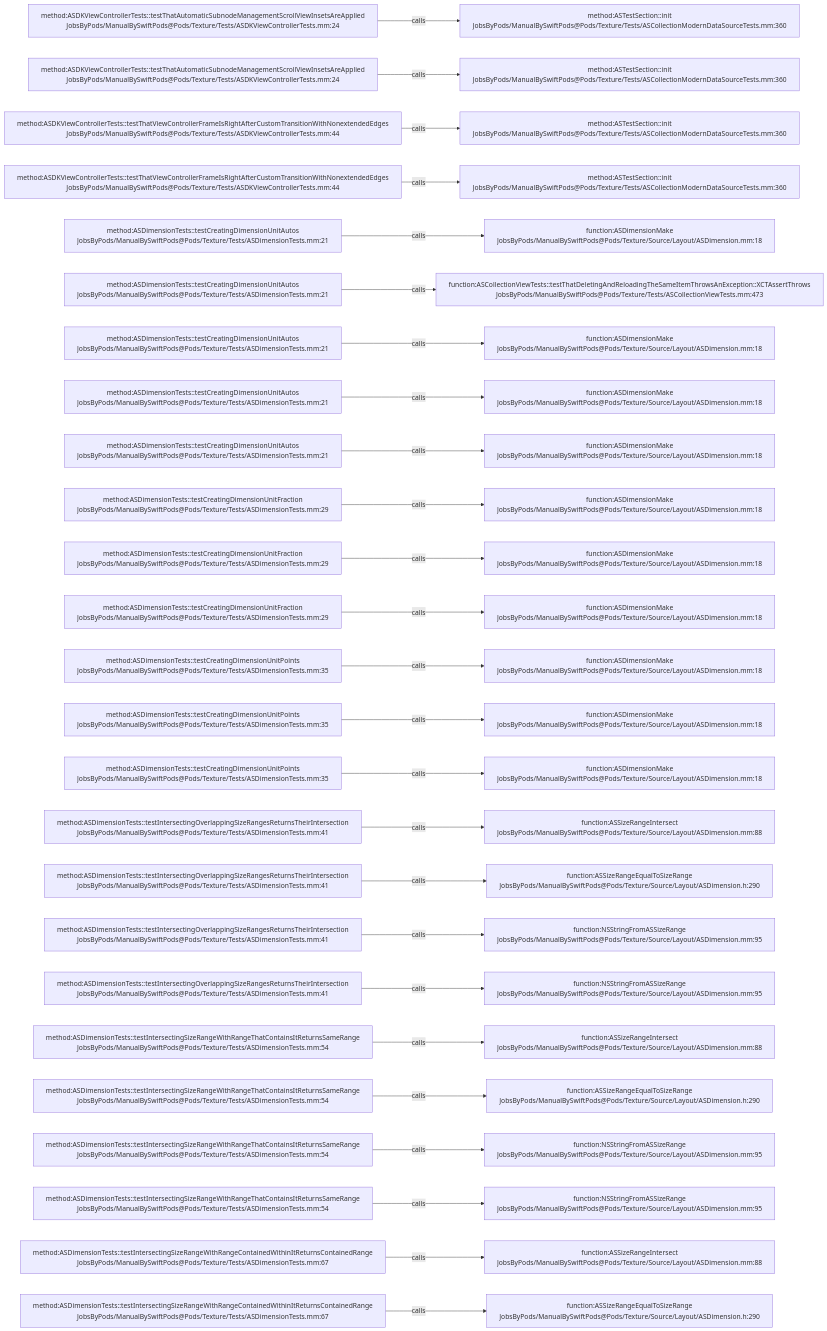
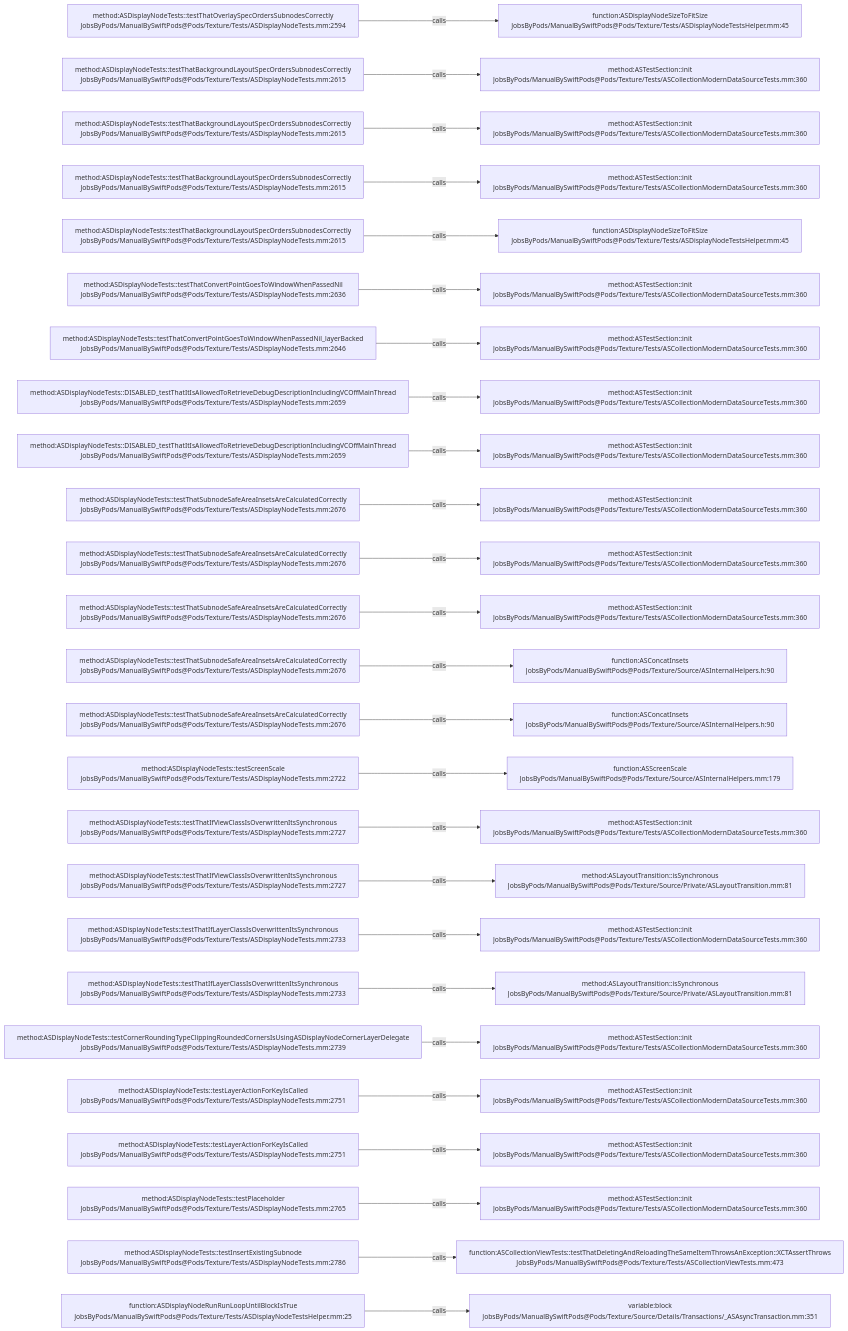
Before and after one commit to JobsKits/JobsSwiftBaseConfigDemo: the diagram in .codegraph/codegraph.md/graphs/calls-197.md, drawn with Mermaid. The commit also changed 832 other files, not shown here.

````diff
--- a/.codegraph/codegraph.md/graphs/calls-197.md
+++ b/.codegraph/codegraph.md/graphs/calls-197.md
@@ -13,78 +13,78 @@
 ```mermaid
 flowchart LR
-  S1["method:ASDKViewControllerTests::testThatAutomaticSubnodeManagementScrollViewInsetsAreApplied<br/>JobsByPods/ManualBySwiftPods@Pods/Texture/Tests/ASDKViewControllerTests.mm:24"]
-  T1["method:ASTestSection::init<br/>JobsByPods/ManualBySwiftPods@Pods/Texture/Tests/ASCollectionModernDataSourceTests.mm:360"]
+  S1["method:ASDisplayNodeTests::testThatOverlaySpecOrdersSubnodesCorrectly<br/>JobsByPods/ManualBySwiftPods@Pods/Texture/Tests/ASDisplayNodeTests.mm:2594"]
+  T1["function:ASDisplayNodeSizeToFitSize<br/>JobsByPods/ManualBySwiftPods@Pods/Texture/Tests/ASDisplayNodeTestsHelper.mm:45"]
   S1 -->|calls| T1
-  S2["method:ASDKViewControllerTests::testThatAutomaticSubnodeManagementScrollViewInsetsAreApplied<br/>JobsByPods/ManualBySwiftPods@Pods/Texture/Tests/ASDKViewControllerTests.mm:24"]
+  S2["method:ASDisplayNodeTests::testThatBackgroundLayoutSpecOrdersSubnodesCorrectly<br/>JobsByPods/ManualBySwiftPods@Pods/Texture/Tests/ASDisplayNodeTests.mm:2615"]
   T2["method:ASTestSection::init<br/>JobsByPods/ManualBySwiftPods@Pods/Texture/Tests/ASCollectionModernDataSourceTests.mm:360"]
   S2 -->|calls| T2
-  S3["method:ASDKViewControllerTests::testThatViewControllerFrameIsRightAfterCustomTransitionWithNonextendedEdges<br/>JobsByPods/ManualBySwiftPods@Pods/Texture/Tests/ASDKViewControllerTests.mm:44"]
+  S3["method:ASDisplayNodeTests::testThatBackgroundLayoutSpecOrdersSubnodesCorrectly<br/>JobsByPods/ManualBySwiftPods@Pods/Texture/Tests/ASDisplayNodeTests.mm:2615"]
   T3["method:ASTestSection::init<br/>JobsByPods/ManualBySwiftPods@Pods/Texture/Tests/ASCollectionModernDataSourceTests.mm:360"]
   S3 -->|calls| T3
-  S4["method:ASDKViewControllerTests::testThatViewControllerFrameIsRightAfterCustomTransitionWithNonextendedEdges<br/>JobsByPods/ManualBySwiftPods@Pods/Texture/Tests/ASDKViewControllerTests.mm:44"]
+  S4["method:ASDisplayNodeTests::testThatBackgroundLayoutSpecOrdersSubnodesCorrectly<br/>JobsByPods/ManualBySwiftPods@Pods/Texture/Tests/ASDisplayNodeTests.mm:2615"]
   T4["method:ASTestSection::init<br/>JobsByPods/ManualBySwiftPods@Pods/Texture/Tests/ASCollectionModernDataSourceTests.mm:360"]
   S4 -->|calls| T4
-  S5["method:ASDimensionTests::testCreatingDimensionUnitAutos<br/>JobsByPods/ManualBySwiftPods@Pods/Texture/Tests/ASDimensionTests.mm:21"]
-  T5["function:ASDimensionMake<br/>JobsByPods/ManualBySwiftPods@Pods/Texture/Source/Layout/ASDimension.mm:18"]
+  S5["method:ASDisplayNodeTests::testThatBackgroundLayoutSpecOrdersSubnodesCorrectly<br/>JobsByPods/ManualBySwiftPods@Pods/Texture/Tests/ASDisplayNodeTests.mm:2615"]
+  T5["function:ASDisplayNodeSizeToFitSize<br/>JobsByPods/ManualBySwiftPods@Pods/Texture/Tests/ASDisplayNodeTestsHelper.mm:45"]
   S5 -->|calls| T5
-  S6["method:ASDimensionTests::testCreatingDimensionUnitAutos<br/>JobsByPods/ManualBySwiftPods@Pods/Texture/Tests/ASDimensionTests.mm:21"]
-  T6["function:ASCollectionViewTests::testThatDeletingAndReloadingTheSameItemThrowsAnException::XCTAssertThrows<br/>JobsByPods/ManualBySwiftPods@Pods/Texture/Tests/ASCollectionViewTests.mm:473"]
+  S6["method:ASDisplayNodeTests::testThatConvertPointGoesToWindowWhenPassedNil<br/>JobsByPods/ManualBySwiftPods@Pods/Texture/Tests/ASDisplayNodeTests.mm:2636"]
+  T6["method:ASTestSection::init<br/>JobsByPods/ManualBySwiftPods@Pods/Texture/Tests/ASCollectionModernDataSourceTests.mm:360"]
   S6 -->|calls| T6
-  S7["method:ASDimensionTests::testCreatingDimensionUnitAutos<br/>JobsByPods/ManualBySwiftPods@Pods/Texture/Tests/ASDimensionTests.mm:21"]
-  T7["function:ASDimensionMake<br/>JobsByPods/ManualBySwiftPods@Pods/Texture/Source/Layout/ASDimension.mm:18"]
+  S7["method:ASDisplayNodeTests::testThatConvertPointGoesToWindowWhenPassedNil_layerBacked<br/>JobsByPods/ManualBySwiftPods@Pods/Texture/Tests/ASDisplayNodeTests.mm:2646"]
+  T7["method:ASTestSection::init<br/>JobsByPods/ManualBySwiftPods@Pods/Texture/Tests/ASCollectionModernDataSourceTests.mm:360"]
   S7 -->|calls| T7
-  S8["method:ASDimensionTests::testCreatingDimensionUnitAutos<br/>JobsByPods/ManualBySwiftPods@Pods/Texture/Tests/ASDimensionTests.mm:21"]
-  T8["function:ASDimensionMake<br/>JobsByPods/ManualBySwiftPods@Pods/Texture/Source/Layout/ASDimension.mm:18"]
+  S8["method:ASDisplayNodeTests::DISABLED_testThatItIsAllowedToRetrieveDebugDescriptionIncludingVCOffMainThread<br/>JobsByPods/ManualBySwiftPods@Pods/Texture/Tests/ASDisplayNodeTests.mm:2659"]
+  T8["method:ASTestSection::init<br/>JobsByPods/ManualBySwiftPods@Pods/Texture/Tests/ASCollectionModernDataSourceTests.mm:360"]
   S8 -->|calls| T8
-  S9["method:ASDimensionTests::testCreatingDimensionUnitAutos<br/>JobsByPods/ManualBySwiftPods@Pods/Texture/Tests/ASDimensionTests.mm:21"]
-  T9["function:ASDimensionMake<br/>JobsByPods/ManualBySwiftPods@Pods/Texture/Source/Layout/ASDimension.mm:18"]
+  S9["method:ASDisplayNodeTests::DISABLED_testThatItIsAllowedToRetrieveDebugDescriptionIncludingVCOffMainThread<br/>JobsByPods/ManualBySwiftPods@Pods/Texture/Tests/ASDisplayNodeTests.mm:2659"]
+  T9["method:ASTestSection::init<br/>JobsByPods/ManualBySwiftPods@Pods/Texture/Tests/ASCollectionModernDataSourceTests.mm:360"]
   S9 -->|calls| T9
-  S10["method:ASDimensionTests::testCreatingDimensionUnitFraction<br/>JobsByPods/ManualBySwiftPods@Pods/Texture/Tests/ASDimensionTests.mm:29"]
-  T10["function:ASDimensionMake<br/>JobsByPods/ManualBySwiftPods@Pods/Texture/Source/Layout/ASDimension.mm:18"]
+  S10["method:ASDisplayNodeTests::testThatSubnodeSafeAreaInsetsAreCalculatedCorrectly<br/>JobsByPods/ManualBySwiftPods@Pods/Texture/Tests/ASDisplayNodeTests.mm:2676"]
+  T10["method:ASTestSection::init<br/>JobsByPods/ManualBySwiftPods@Pods/Texture/Tests/ASCollectionModernDataSourceTests.mm:360"]
   S10 -->|calls| T10
-  S11["method:ASDimensionTests::testCreatingDimensionUnitFraction<br/>JobsByPods/ManualBySwiftPods@Pods/Texture/Tests/ASDimensionTests.mm:29"]
-  T11["function:ASDimensionMake<br/>JobsByPods/ManualBySwiftPods@Pods/Texture/Source/Layout/ASDimension.mm:18"]
+  S11["method:ASDisplayNodeTests::testThatSubnodeSafeAreaInsetsAreCalculatedCorrectly<br/>JobsByPods/ManualBySwiftPods@Pods/Texture/Tests/ASDisplayNodeTests.mm:2676"]
+  T11["method:ASTestSection::init<br/>JobsByPods/ManualBySwiftPods@Pods/Texture/Tests/ASCollectionModernDataSourceTests.mm:360"]
   S11 -->|calls| T11
-  S12["method:ASDimensionTests::testCreatingDimensionUnitFraction<br/>JobsByPods/ManualBySwiftPods@Pods/Texture/Tests/ASDimensionTests.mm:29"]
-  T12["function:ASDimensionMake<br/>JobsByPods/ManualBySwiftPods@Pods/Texture/Source/Layout/ASDimension.mm:18"]
+  S12["method:ASDisplayNodeTests::testThatSubnodeSafeAreaInsetsAreCalculatedCorrectly<br/>JobsByPods/ManualBySwiftPods@Pods/Texture/Tests/ASDisplayNodeTests.mm:2676"]
+  T12["method:ASTestSection::init<br/>JobsByPods/ManualBySwiftPods@Pods/Texture/Tests/ASCollectionModernDataSourceTests.mm:360"]
   S12 -->|calls| T12
-  S13["method:ASDimensionTests::testCreatingDimensionUnitPoints<br/>JobsByPods/ManualBySwiftPods@Pods/Texture/Tests/ASDimensionTests.mm:35"]
-  T13["function:ASDimensionMake<br/>JobsByPods/ManualBySwiftPods@Pods/Texture/Source/Layout/ASDimension.mm:18"]
+  S13["method:ASDisplayNodeTests::testThatSubnodeSafeAreaInsetsAreCalculatedCorrectly<br/>JobsByPods/ManualBySwiftPods@Pods/Texture/Tests/ASDisplayNodeTests.mm:2676"]
+  T13["function:ASConcatInsets<br/>JobsByPods/ManualBySwiftPods@Pods/Texture/Source/ASInternalHelpers.h:90"]
   S13 -->|calls| T13
-  S14["method:ASDimensionTests::testCreatingDimensionUnitPoints<br/>JobsByPods/ManualBySwiftPods@Pods/Texture/Tests/ASDimensionTests.mm:35"]
-  T14["function:ASDimensionMake<br/>JobsByPods/ManualBySwiftPods@Pods/Texture/Source/Layout/ASDimension.mm:18"]
+  S14["method:ASDisplayNodeTests::testThatSubnodeSafeAreaInsetsAreCalculatedCorrectly<br/>JobsByPods/ManualBySwiftPods@Pods/Texture/Tests/ASDisplayNodeTests.mm:2676"]
+  T14["function:ASConcatInsets<br/>JobsByPods/ManualBySwiftPods@Pods/Texture/Source/ASInternalHelpers.h:90"]
   S14 -->|calls| T14
-  S15["method:ASDimensionTests::testCreatingDimensionUnitPoints<br/>JobsByPods/ManualBySwiftPods@Pods/Texture/Tests/ASDimensionTests.mm:35"]
-  T15["function:ASDimensionMake<br/>JobsByPods/ManualBySwiftPods@Pods/Texture/Source/Layout/ASDimension.mm:18"]
+  S15["method:ASDisplayNodeTests::testScreenScale<br/>JobsByPods/ManualBySwiftPods@Pods/Texture/Tests/ASDisplayNodeTests.mm:2722"]
+  T15["function:ASScreenScale<br/>JobsByPods/ManualBySwiftPods@Pods/Texture/Source/ASInternalHelpers.mm:179"]
   S15 -->|calls| T15
-  S16["method:ASDimensionTests::testIntersectingOverlappingSizeRangesReturnsTheirIntersection<br/>JobsByPods/ManualBySwiftPods@Pods/Texture/Tests/ASDimensionTests.mm:41"]
-  T16["function:ASSizeRangeIntersect<br/>JobsByPods/ManualBySwiftPods@Pods/Texture/Source/Layout/ASDimension.mm:88"]
+  S16["method:ASDisplayNodeTests::testThatIfViewClassIsOverwrittenItsSynchronous<br/>JobsByPods/ManualBySwiftPods@Pods/Texture/Tests/ASDisplayNodeTests.mm:2727"]
+  T16["method:ASTestSection::init<br/>JobsByPods/ManualBySwiftPods@Pods/Texture/Tests/ASCollectionModernDataSourceTests.mm:360"]
   S16 -->|calls| T16
-  S17["method:ASDimensionTests::testIntersectingOverlappingSizeRangesReturnsTheirIntersection<br/>JobsByPods/ManualBySwiftPods@Pods/Texture/Tests/ASDimensionTests.mm:41"]
-  T17["function:ASSizeRangeEqualToSizeRange<br/>JobsByPods/ManualBySwiftPods@Pods/Texture/Source/Layout/ASDimension.h:290"]
+  S17["method:ASDisplayNodeTests::testThatIfViewClassIsOverwrittenItsSynchronous<br/>JobsByPods/ManualBySwiftPods@Pods/Texture/Tests/ASDisplayNodeTests.mm:2727"]
+  T17["method:ASLayoutTransition::isSynchronous<br/>JobsByPods/ManualBySwiftPods@Pods/Texture/Source/Private/ASLayoutTransition.mm:81"]
   S17 -->|calls| T17
-  S18["method:ASDimensionTests::testIntersectingOverlappingSizeRangesReturnsTheirIntersection<br/>JobsByPods/ManualBySwiftPods@Pods/Texture/Tests/ASDimensionTests.mm:41"]
-  T18["function:NSStringFromASSizeRange<br/>JobsByPods/ManualBySwiftPods@Pods/Texture/Source/Layout/ASDimension.mm:95"]
+  S18["method:ASDisplayNodeTests::testThatIfLayerClassIsOverwrittenItsSynchronous<br/>JobsByPods/ManualBySwiftPods@Pods/Texture/Tests/ASDisplayNodeTests.mm:2733"]
+  T18["method:ASTestSection::init<br/>JobsByPods/ManualBySwiftPods@Pods/Texture/Tests/ASCollectionModernDataSourceTests.mm:360"]
   S18 -->|calls| T18
-  S19["method:ASDimensionTests::testIntersectingOverlappingSizeRangesReturnsTheirIntersection<br/>JobsByPods/ManualBySwiftPods@Pods/Texture/Tests/ASDimensionTests.mm:41"]
-  T19["function:NSStringFromASSizeRange<br/>JobsByPods/ManualBySwiftPods@Pods/Texture/Source/Layout/ASDimension.mm:95"]
+  S19["method:ASDisplayNodeTests::testThatIfLayerClassIsOverwrittenItsSynchronous<br/>JobsByPods/ManualBySwiftPods@Pods/Texture/Tests/ASDisplayNodeTests.mm:2733"]
+  T19["method:ASLayoutTransition::isSynchronous<br/>JobsByPods/ManualBySwiftPods@Pods/Texture/Source/Private/ASLayoutTransition.mm:81"]
   S19 -->|calls| T19
-  S20["method:ASDimensionTests::testIntersectingSizeRangeWithRangeThatContainsItReturnsSameRange<br/>JobsByPods/ManualBySwiftPods@Pods/Texture/Tests/ASDimensionTests.mm:54"]
-  T20["function:ASSizeRangeIntersect<br/>JobsByPods/ManualBySwiftPods@Pods/Texture/Source/Layout/ASDimension.mm:88"]
+  S20["method:ASDisplayNodeTests::testCornerRoundingTypeClippingRoundedCornersIsUsingASDisplayNodeCornerLayerDelegate<br/>JobsByPods/ManualBySwiftPods@Pods/Texture/Tests/ASDisplayNodeTests.mm:2739"]
+  T20["method:ASTestSection::init<br/>JobsByPods/ManualBySwiftPods@Pods/Texture/Tests/ASCollectionModernDataSourceTests.mm:360"]
   S20 -->|calls| T20
-  S21["method:ASDimensionTests::testIntersectingSizeRangeWithRangeThatContainsItReturnsSameRange<br/>JobsByPods/ManualBySwiftPods@Pods/Texture/Tests/ASDimensionTests.mm:54"]
-  T21["function:ASSizeRangeEqualToSizeRange<br/>JobsByPods/ManualBySwiftPods@Pods/Texture/Source/Layout/ASDimension.h:290"]
+  S21["method:ASDisplayNodeTests::testLayerActionForKeyIsCalled<br/>JobsByPods/ManualBySwiftPods@Pods/Texture/Tests/ASDisplayNodeTests.mm:2751"]
+  T21["method:ASTestSection::init<br/>JobsByPods/ManualBySwiftPods@Pods/Texture/Tests/ASCollectionModernDataSourceTests.mm:360"]
   S21 -->|calls| T21
-  S22["method:ASDimensionTests::testIntersectingSizeRangeWithRangeThatContainsItReturnsSameRange<br/>JobsByPods/ManualBySwiftPods@Pods/Texture/Tests/ASDimensionTests.mm:54"]
-  T22["function:NSStringFromASSizeRange<br/>JobsByPods/ManualBySwiftPods@Pods/Texture/Source/Layout/ASDimension.mm:95"]
+  S22["method:ASDisplayNodeTests::testLayerActionForKeyIsCalled<br/>JobsByPods/ManualBySwiftPods@Pods/Texture/Tests/ASDisplayNodeTests.mm:2751"]
+  T22["method:ASTestSection::init<br/>JobsByPods/ManualBySwiftPods@Pods/Texture/Tests/ASCollectionModernDataSourceTests.mm:360"]
   S22 -->|calls| T22
-  S23["method:ASDimensionTests::testIntersectingSizeRangeWithRangeThatContainsItReturnsSameRange<br/>JobsByPods/ManualBySwiftPods@Pods/Texture/Tests/ASDimensionTests.mm:54"]
-  T23["function:NSStringFromASSizeRange<br/>JobsByPods/ManualBySwiftPods@Pods/Texture/Source/Layout/ASDimension.mm:95"]
+  S23["method:ASDisplayNodeTests::testPlaceholder<br/>JobsByPods/ManualBySwiftPods@Pods/Texture/Tests/ASDisplayNodeTests.mm:2765"]
+  T23["method:ASTestSection::init<br/>JobsByPods/ManualBySwiftPods@Pods/Texture/Tests/ASCollectionModernDataSourceTests.mm:360"]
   S23 -->|calls| T23
-  S24["method:ASDimensionTests::testIntersectingSizeRangeWithRangeContainedWithinItReturnsContainedRange<br/>JobsByPods/ManualBySwiftPods@Pods/Texture/Tests/ASDimensionTests.mm:67"]
-  T24["function:ASSizeRangeIntersect<br/>JobsByPods/ManualBySwiftPods@Pods/Texture/Source/Layout/ASDimension.mm:88"]
+  S24["method:ASDisplayNodeTests::testInsertExistingSubnode<br/>JobsByPods/ManualBySwiftPods@Pods/Texture/Tests/ASDisplayNodeTests.mm:2786"]
+  T24["function:ASCollectionViewTests::testThatDeletingAndReloadingTheSameItemThrowsAnException::XCTAssertThrows<br/>JobsByPods/ManualBySwiftPods@Pods/Texture/Tests/ASCollectionViewTests.mm:473"]
   S24 -->|calls| T24
-  S25["method:ASDimensionTests::testIntersectingSizeRangeWithRangeContainedWithinItReturnsContainedRange<br/>JobsByPods/ManualBySwiftPods@Pods/Texture/Tests/ASDimensionTests.mm:67"]
-  T25["function:ASSizeRangeEqualToSizeRange<br/>JobsByPods/ManualBySwiftPods@Pods/Texture/Source/Layout/ASDimension.h:290"]
+  S25["function:ASDisplayNodeRunRunLoopUntilBlockIsTrue<br/>JobsByPods/ManualBySwiftPods@Pods/Texture/Tests/ASDisplayNodeTestsHelper.mm:25"]
+  T25["variable:block<br/>JobsByPods/ManualBySwiftPods@Pods/Texture/Source/Details/Transactions/_ASAsyncTransaction.mm:351"]
   S25 -->|calls| T25
 ```
````
